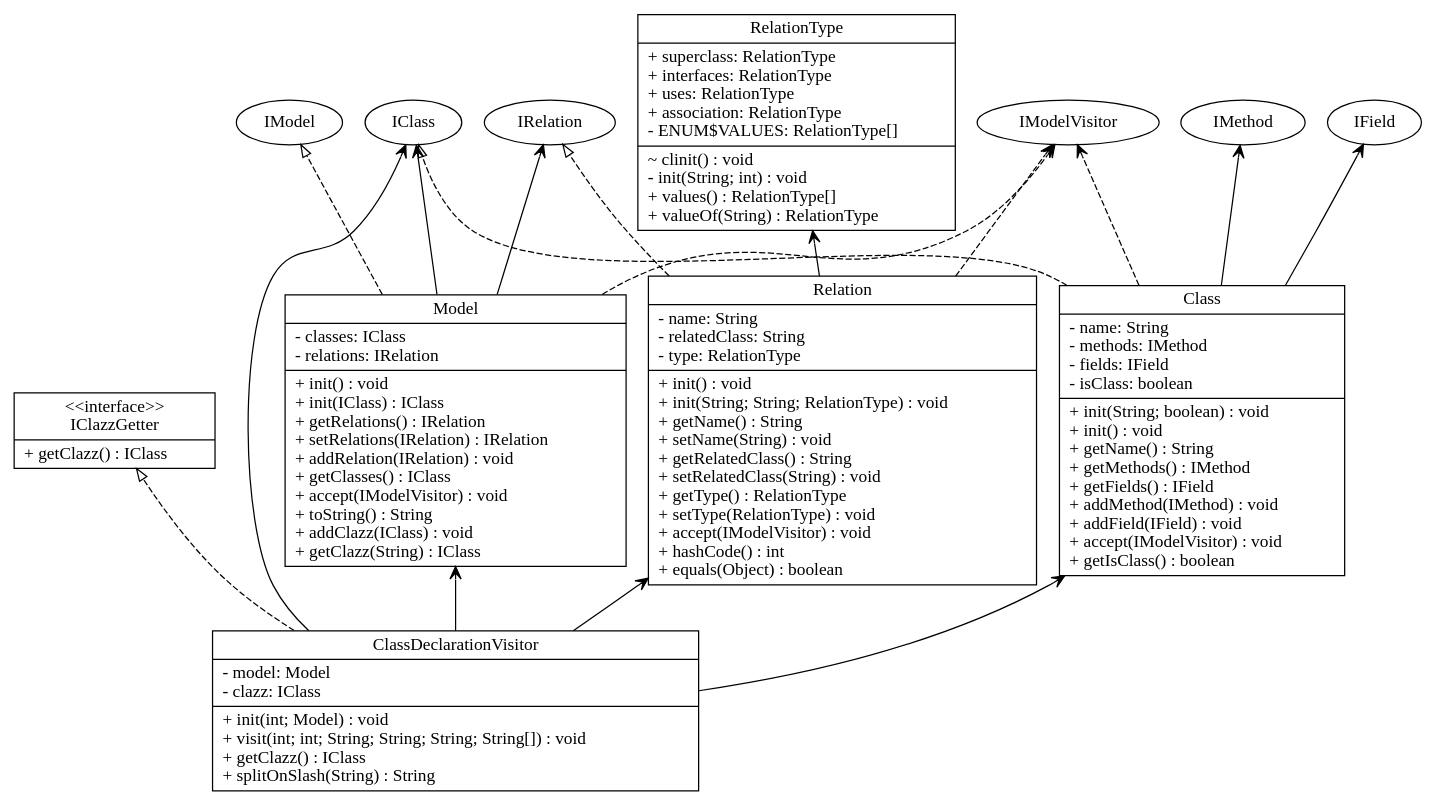
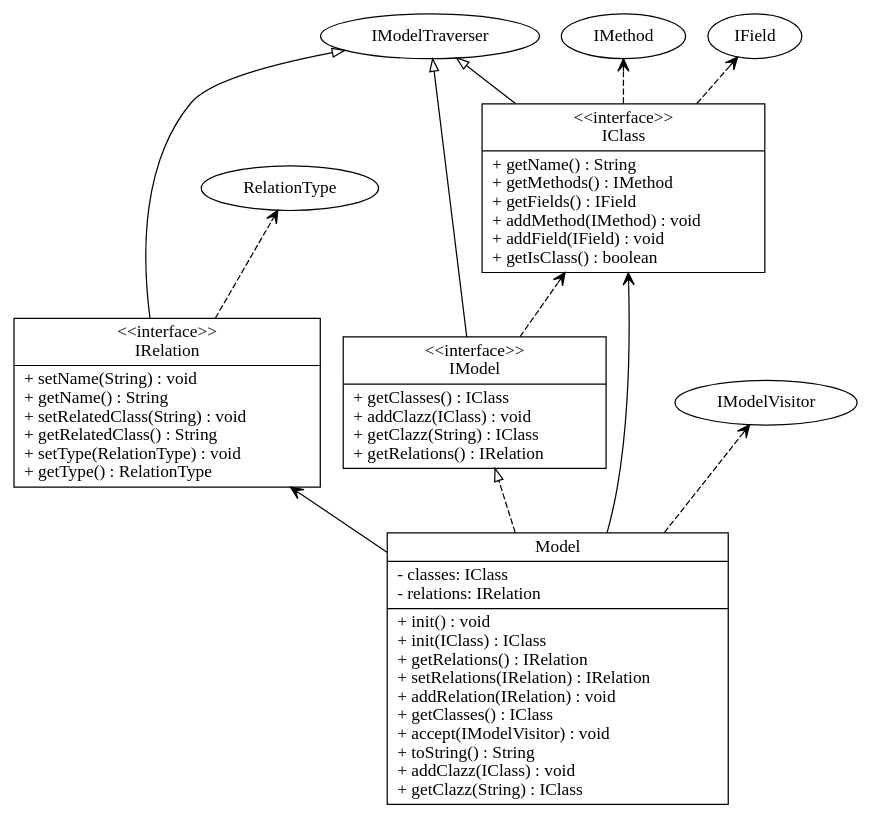
The diagram in input_output/test.gv (tpunt3/Csse374), drawn with Graphviz before and after one commit. The commit also changed 13 other files, not shown here.

Commit message:
fixed uses relations

```diff
--- a/input_output/test.gv
+++ b/input_output/test.gv
@@ -1,50 +1,35 @@
 digraph model{
 rankdir = BT;
-ClassDeclarationVisitor [
-shape="record",
-label = "{ClassDeclarationVisitor| - model: Model\l- clazz: IClass\l|+ init(int; Model) : void\l+ visit(int; int; String; String; String; String[]) : void\l+ getClazz() : IClass\l+ splitOnSlash(String) : String\l}"
-];
-
-IClazzGetter [
-shape="record",
-label = "{\<\<interface\>\>\nIClazzGetter| + getClazz() : IClass\l}"
-];
-
 Model [
 shape="record",
 label = "{Model| - classes: IClass\l- relations: IRelation\l|+ init() : void\l+ init(IClass) : IClass\l+ getRelations() : IRelation\l+ setRelations(IRelation) : IRelation\l+ addRelation(IRelation) : void\l+ getClasses() : IClass\l+ accept(IModelVisitor) : void\l+ toString() : String\l+ addClazz(IClass) : void\l+ getClazz(String) : IClass\l}"
 ];
 
-Class [
+IModel [
 shape="record",
-label = "{Class| - name: String\l- methods: IMethod\l- fields: IField\l- isClass: boolean\l|+ init(String; boolean) : void\l+ init() : void\l+ getName() : String\l+ getMethods() : IMethod\l+ getFields() : IField\l+ addMethod(IMethod) : void\l+ addField(IField) : void\l+ accept(IModelVisitor) : void\l+ getIsClass() : boolean\l}"
+label = "{\<\<interface\>\>\nIModel| + getClasses() : IClass\l+ addClazz(IClass) : void\l+ getClazz(String) : IClass\l+ getRelations() : IRelation\l}"
 ];
 
-Relation [
+IClass [
 shape="record",
-label = "{Relation| - name: String\l- relatedClass: String\l- type: RelationType\l|+ init() : void\l+ init(String; String; RelationType) : void\l+ getName() : String\l+ setName(String) : void\l+ getRelatedClass() : String\l+ setRelatedClass(String) : void\l+ getType() : RelationType\l+ setType(RelationType) : void\l+ accept(IModelVisitor) : void\l+ hashCode() : int\l+ equals(Object) : boolean\l}"
+label = "{\<\<interface\>\>\nIClass| + getName() : String\l+ getMethods() : IMethod\l+ getFields() : IField\l+ addMethod(IMethod) : void\l+ addField(IField) : void\l+ getIsClass() : boolean\l}"
 ];
 
-RelationType [
+IRelation [
 shape="record",
-label = "{RelationType| + superclass: RelationType\l+ interfaces: RelationType\l+ uses: RelationType\l+ association: RelationType\l- ENUM$VALUES: RelationType[]\l|~ clinit() : void\l- init(String; int) : void\l+ values() : RelationType[]\l+ valueOf(String) : RelationType\l}"
+label = "{\<\<interface\>\>\nIRelation| + setName(String) : void\l+ getName() : String\l+ setRelatedClass(String) : void\l+ getRelatedClass() : String\l+ setType(RelationType) : void\l+ getType() : RelationType\l}"
 ];
 
 //writing relations between classes now
-ClassDeclarationVisitor -> IClazzGetter [arrowhead = "empty", style = "dashed"];
-ClassDeclarationVisitor -> Model [arrowhead = "vee"];
-ClassDeclarationVisitor -> Class [arrowhead = "vee"];
-ClassDeclarationVisitor -> IClass [arrowhead = "vee"];
-ClassDeclarationVisitor -> Relation [arrowhead = "vee"];
 Model -> IModel [arrowhead = "empty", style = "dashed"];
+Model -> IClass [arrowhead = "vee"];
 Model -> IRelation [arrowhead = "vee"];
 Model -> IModelVisitor [arrowhead = "vee", style = "dashed"];
-Model -> IClass [arrowhead = "vee"];
-Class -> IClass [arrowhead = "empty", style = "dashed"];
-Class -> IModelVisitor [arrowhead = "vee", style = "dashed"];
-Class -> IField [arrowhead = "vee"];
-Class -> IMethod [arrowhead = "vee"];
-Relation -> IRelation [arrowhead = "empty", style = "dashed"];
-Relation -> RelationType [arrowhead = "vee"];
-Relation -> IModelVisitor [arrowhead = "vee", style = "dashed"];
+IModel -> IModelTraverser [arrowhead = "empty"];
+IModel -> IClass [arrowhead = "vee", style = "dashed"];
+IClass -> IModelTraverser [arrowhead = "empty"];
+IClass -> IMethod [arrowhead = "vee", style = "dashed"];
+IClass -> IField [arrowhead = "vee", style = "dashed"];
+IRelation -> IModelTraverser [arrowhead = "empty"];
+IRelation -> RelationType [arrowhead = "vee", style = "dashed"];
 }
```
